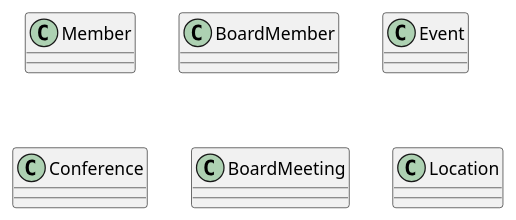
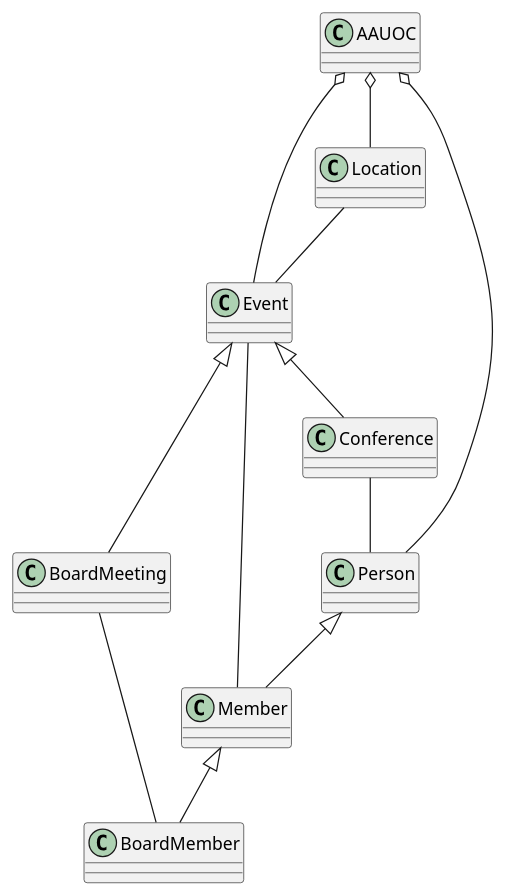
The diagram in AlexMorcilloUML.puml (Alex-Morcillo/UMLClases-AlexMorcilloCaubera), drawn with PlantUML before and after one commit.

Commit message:
Created new classes and added relations

```diff
--- a/AlexMorcilloUML.puml
+++ b/AlexMorcilloUML.puml
@@ -1,20 +1,30 @@
 @startuml
+Event <|-- Conference
+Event <|-- BoardMeeting
+Person <|-- Member
+Member <|-- BoardMember
+BoardMeeting -- BoardMember
+Conference -- Person
+Event -- Member
+Location -- Event
+AAUOC o-- Location
+AAUOC o-- Event
+AAUOC o-- Person
+
+class AAUOC {
+}
 class Member {
-
 }
 class BoardMember {
-
 }
 class Event {
-
 }
 class Conference {
-
 }
 class BoardMeeting {
-
 }
 class Location {
-
+}
+class Person {
 }
 @enduml
```
